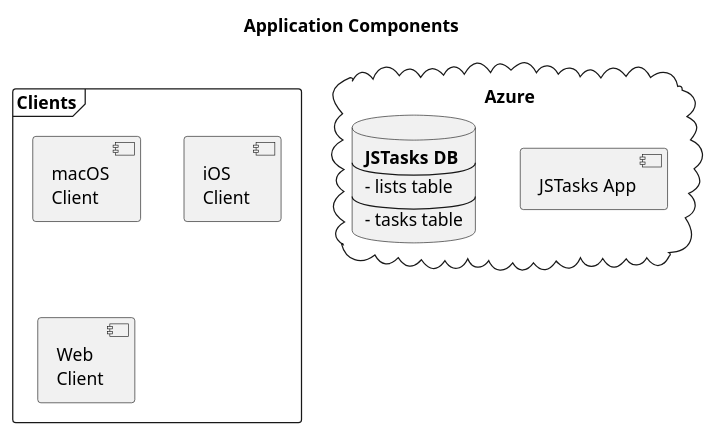
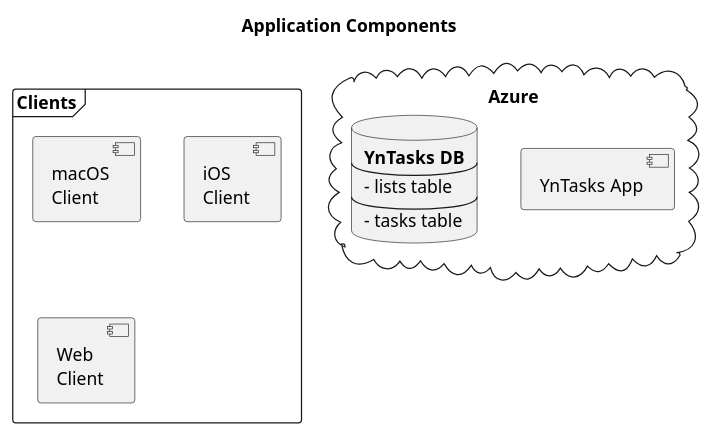
One commit to notlus/YnTasks changed the first of 2 diagrams in README.md. Above: the diagram before and after it, drawn with PlantUML. The commit also changed other lines of this file and 33 other files, not shown here.

````diff
--- a/README.md
+++ b/README.md
@@ -7,21 +7,21 @@
 ```puml
-@startuml JSTasks Components
+@startuml YnTasks Components
 skinparam monochrome true
 title <b>Application Components
 frame Clients {
 component "macOS\nClient"
 component "iOS\nClient"
 component "Web\nClient"
 }
 cloud Azure {
-component "JSTasks App"
-database JSTasks [
-<b>JSTasks DB
+component "YnTasks App"
+database YnTasks [
+<b>YnTasks DB
 ---
 - lists table
 ---
 - tasks table
 ]
 }
 @enduml
 ```
````
